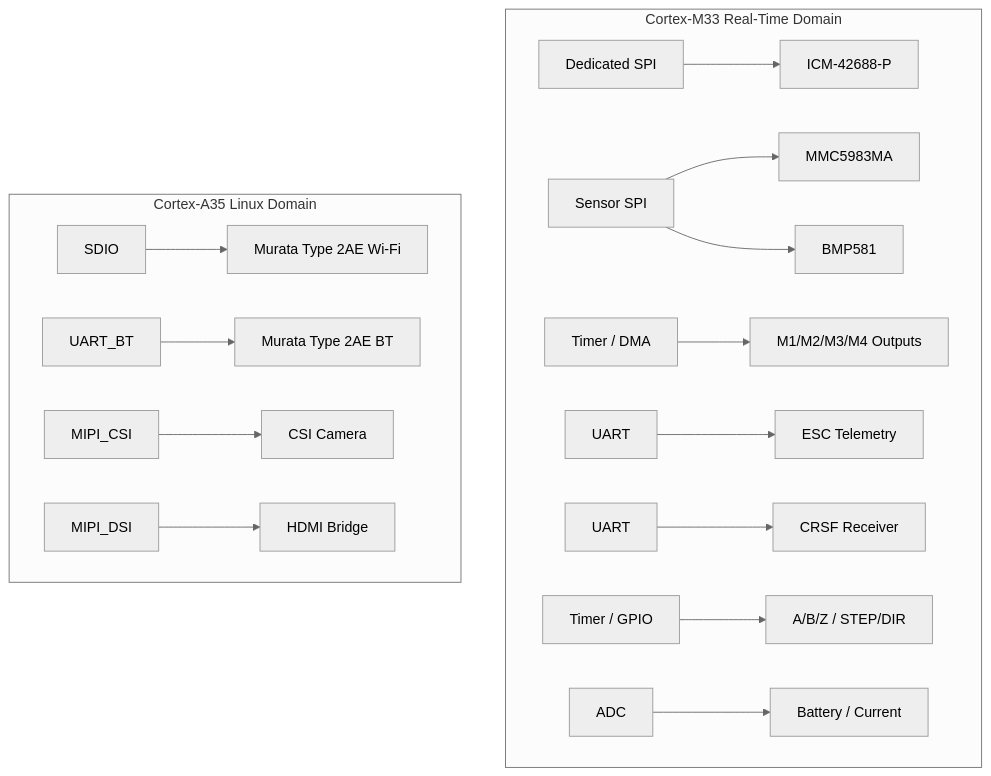
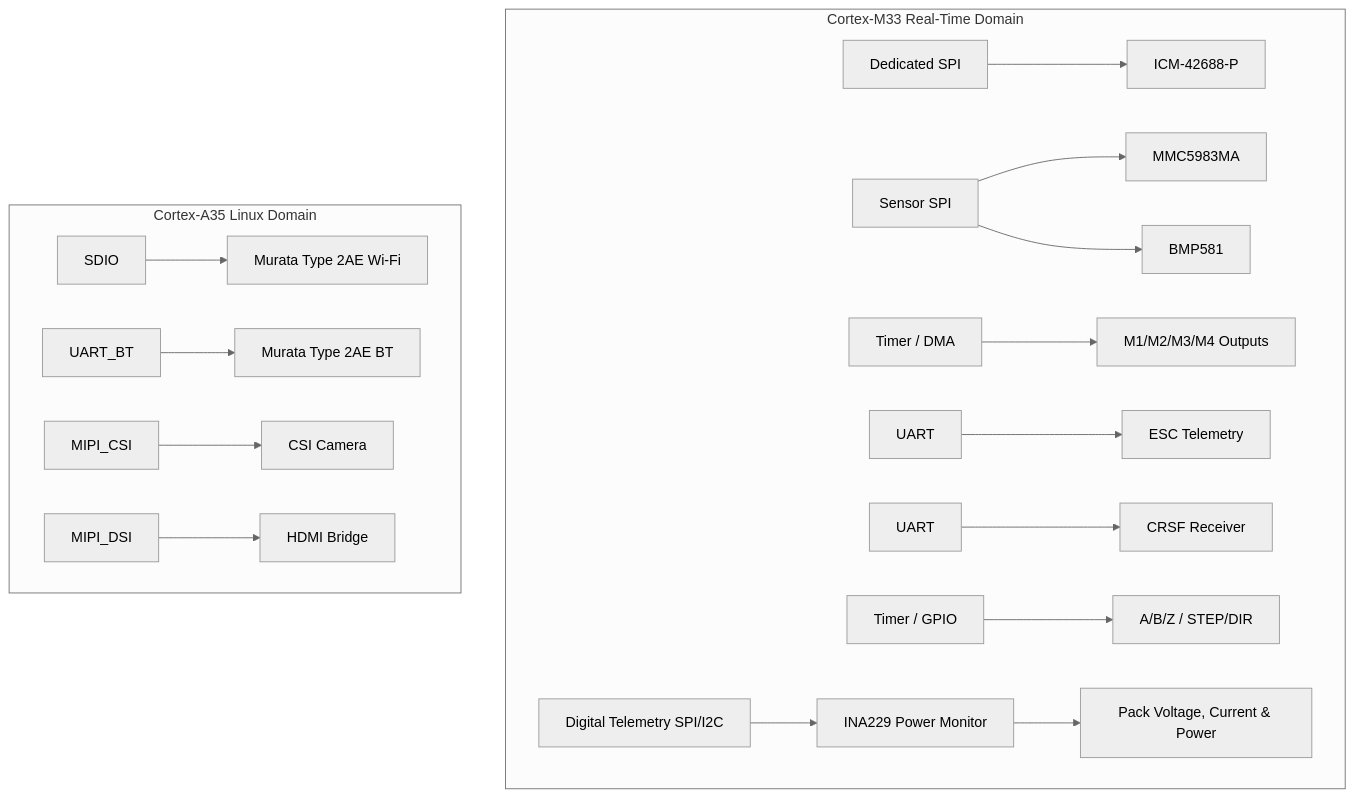
Before and after one commit to AhmadAbdel-R/universal-robotics-soc: the diagram in docs/architecture/sensor-io-architecture.md, drawn with Mermaid (neutral theme). The commit also changed 144 other files, not shown here.

````diff
--- a/docs/architecture/sensor-io-architecture.md
+++ b/docs/architecture/sensor-io-architecture.md
@@ -69,19 +69,20 @@
 ```mermaid
 flowchart TD
     subgraph M33[Cortex-M33 Real-Time Domain]
         SPI_IMU[Dedicated SPI] --> ICM[ICM-42688-P]
         SPI_SENS[Sensor SPI] --> MAG[MMC5983MA]
         SPI_SENS --> BARO[BMP581]
         TIM_MOT[Timer / DMA] --> ESC[M1/M2/M3/M4 Outputs]
         UART_ESC[UART] --> ESCT[ESC Telemetry]
         UART_ELRS[UART] --> ELRS[CRSF Receiver]
         TIM_ENC[Timer / GPIO] --> ENC[A/B/Z / STEP/DIR]
-        ADC_MOT[ADC] --> VBAT[Battery / Current]
+        SPI_PWR[Digital Telemetry SPI/I2C] --> INA[INA229 Power Monitor]
+        INA --> VBAT[Pack Voltage, Current & Power]
     end
     subgraph A35[Cortex-A35 Linux Domain]
         SDIO --> WIFI[Murata Type 2AE Wi-Fi]
         UART_BT --> BT[Murata Type 2AE BT]
         MIPI_CSI --> CAM[CSI Camera]
         MIPI_DSI --> HDMI[HDMI Bridge]
     end
 ```
````
